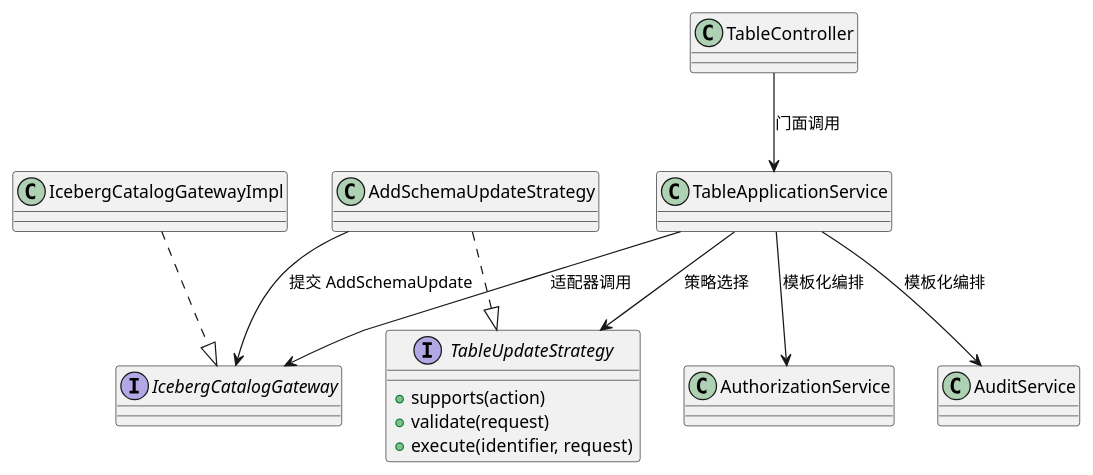
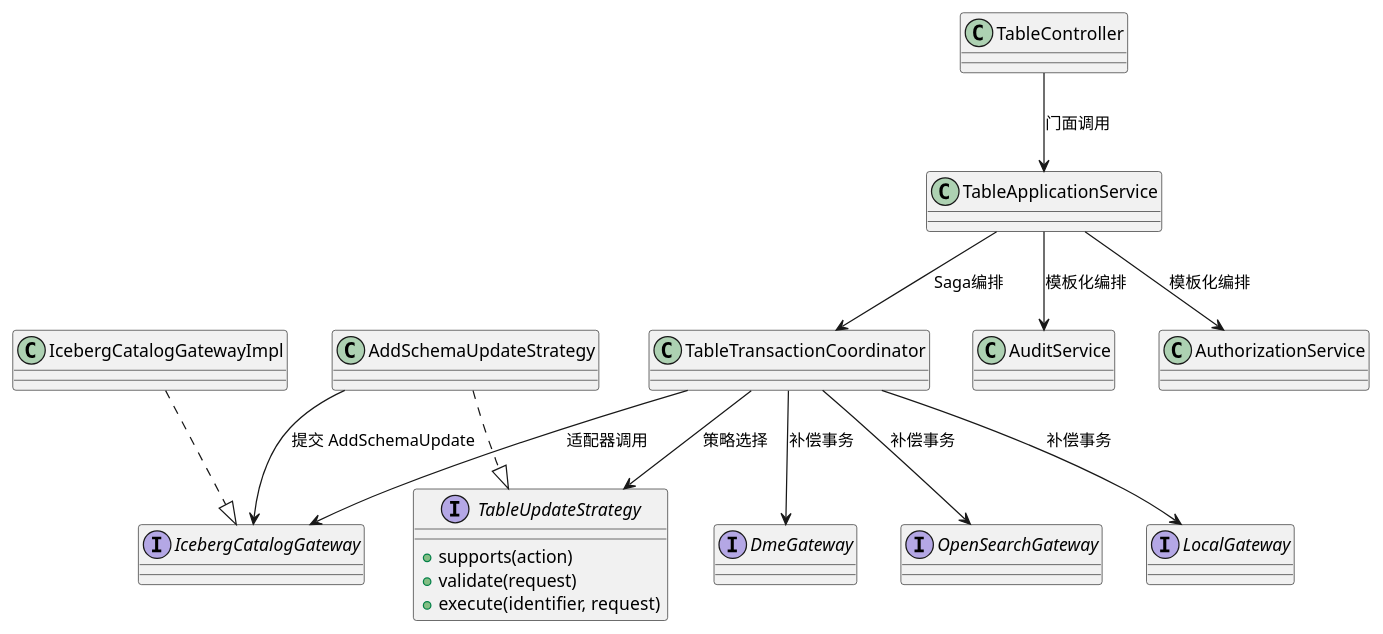
Before and after one commit to jingwang-0415/codex: the sixth of 17 diagrams in Iceberg_Table接口能力_软件实现设计说明书.md, drawn with PlantUML. The commit also changed other lines of this file, not shown here.

Commit message:
Add saga-based consistency design to Iceberg table spec

````diff
--- a/Iceberg_Table接口能力_软件实现设计说明书.md
+++ b/Iceberg_Table接口能力_软件实现设计说明书.md
@@ -189,25 +319,33 @@
 ```plantuml
 @startuml
 class TableController
 class TableApplicationService
+class TableTransactionCoordinator
 interface IcebergCatalogGateway
 class IcebergCatalogGatewayImpl
+interface DmeGateway
+interface OpenSearchGateway
+interface LocalGateway
 interface TableUpdateStrategy {
   +supports(action)
   +validate(request)
   +execute(identifier, request)
 }
 class AddSchemaUpdateStrategy
 class AuditService
 class AuthorizationService
 
 TableController --> TableApplicationService : 门面调用
 TableApplicationService --> AuthorizationService : 模板化编排
 TableApplicationService --> AuditService : 模板化编排
-TableApplicationService --> IcebergCatalogGateway : 适配器调用
+TableApplicationService --> TableTransactionCoordinator : Saga编排
+TableTransactionCoordinator --> IcebergCatalogGateway : 适配器调用
+TableTransactionCoordinator --> DmeGateway : 补偿事务
+TableTransactionCoordinator --> OpenSearchGateway : 补偿事务
+TableTransactionCoordinator --> LocalGateway : 补偿事务
 IcebergCatalogGatewayImpl ..|> IcebergCatalogGateway
-TableApplicationService --> TableUpdateStrategy : 策略选择
+TableTransactionCoordinator --> TableUpdateStrategy : 策略选择
 AddSchemaUpdateStrategy ..|> TableUpdateStrategy
 AddSchemaUpdateStrategy --> IcebergCatalogGateway : 提交 AddSchemaUpdate
 @enduml
 ```
````
